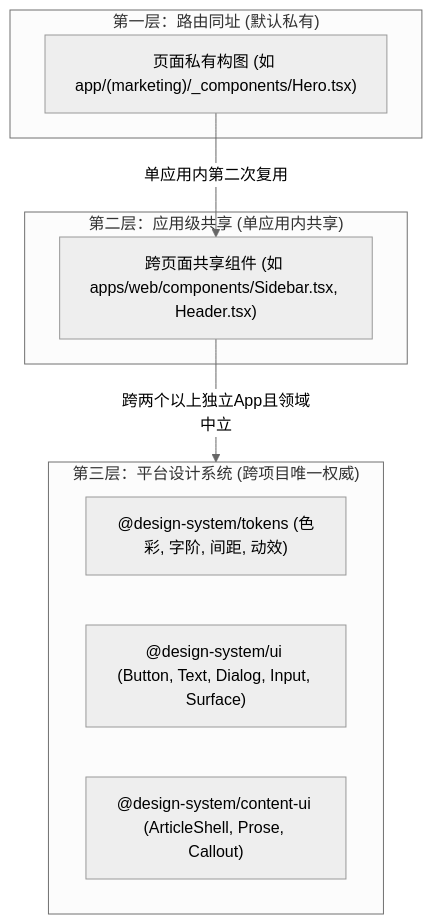
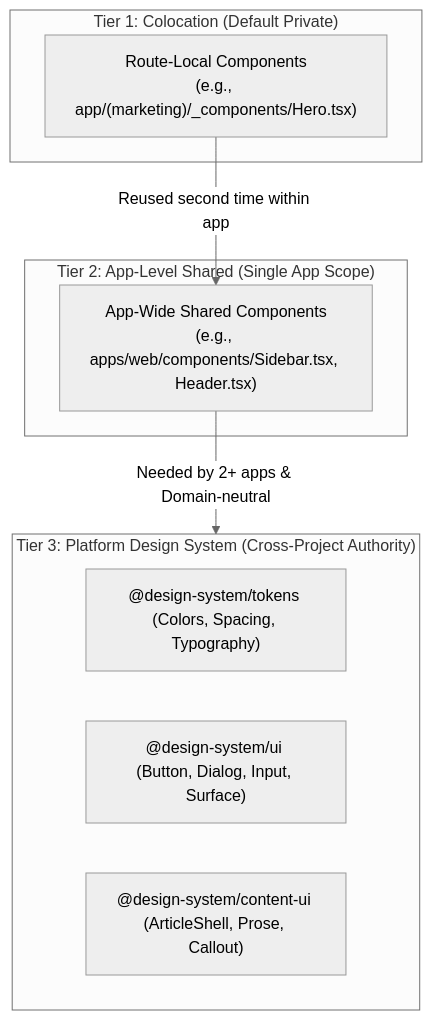
One commit to Victory-7291/design-system-template changed the second of 2 diagrams in README.md. Above: the diagram before and after it, drawn with Mermaid (neutral theme). The commit also changed other lines of this file, not shown here.

````diff
--- a/README.md
+++ b/README.md
@@ -102,19 +134,19 @@
 ```mermaid
 flowchart TD
-  subgraph L1["第一层：路由同址 (默认私有)"]
-    PageComp["页面私有构图 (如 app/(marketing)/_components/Hero.tsx)"]
+  subgraph L1["Tier 1: Colocation (Default Private)"]
+    PageComp["Route-Local Components<br/>(e.g., app/(marketing)/_components/Hero.tsx)"]
   end
 
-  subgraph L2["第二层：应用级共享 (单应用内共享)"]
-    AppComp["跨页面共享组件 (如 apps/web/components/Sidebar.tsx, Header.tsx)"]
+  subgraph L2["Tier 2: App-Level Shared (Single App Scope)"]
+    AppComp["App-Wide Shared Components<br/>(e.g., apps/web/components/Sidebar.tsx, Header.tsx)"]
   end
 
-  subgraph L3["第三层：平台设计系统 (跨项目唯一权威)"]
-    DS_Tokens["@design-system/tokens (色彩, 字阶, 间距, 动效)"]
-    DS_UI["@design-system/ui (Button, Text, Dialog, Input, Surface)"]
+  subgraph L3["Tier 3: Platform Design System (Cross-Project Authority)"]
+    DS_Tokens["@design-system/tokens (Colors, Spacing, Typography)"]
+    DS_UI["@design-system/ui (Button, Dialog, Input, Surface)"]
     DS_Content["@design-system/content-ui (ArticleShell, Prose, Callout)"]
   end
 
-  PageComp -->|单应用内第二次复用| AppComp
-  AppComp -->|跨两个以上独立App且领域中立| L3
+  PageComp -->|Reused second time within app| AppComp
+  AppComp -->|Needed by 2+ apps & Domain-neutral| L3
 ```
````
